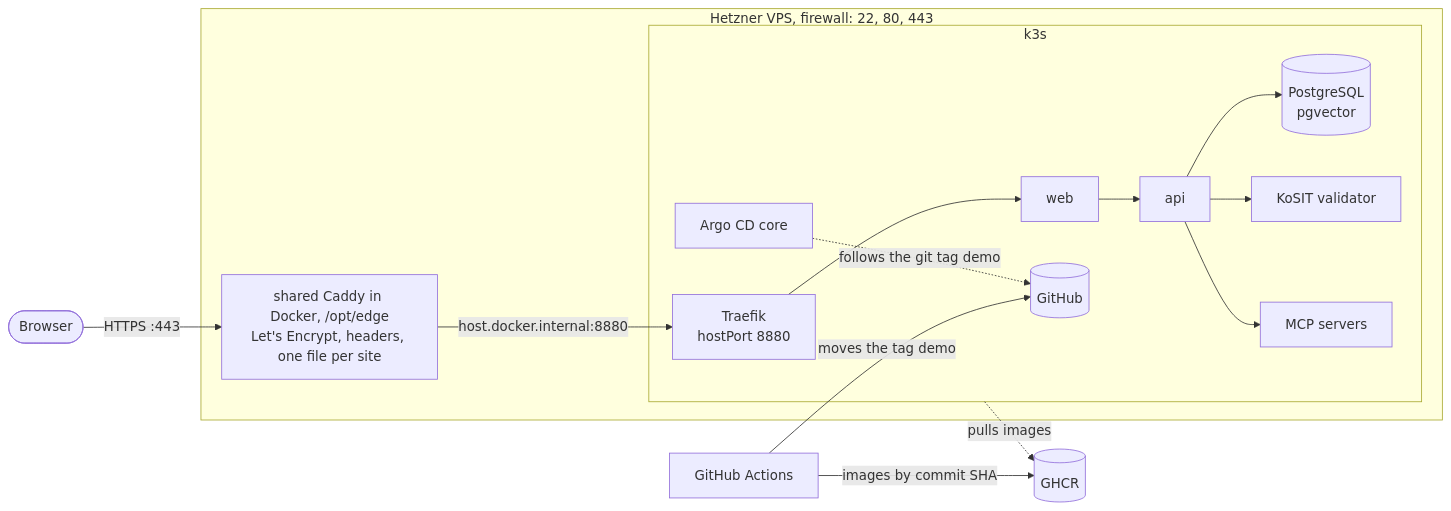
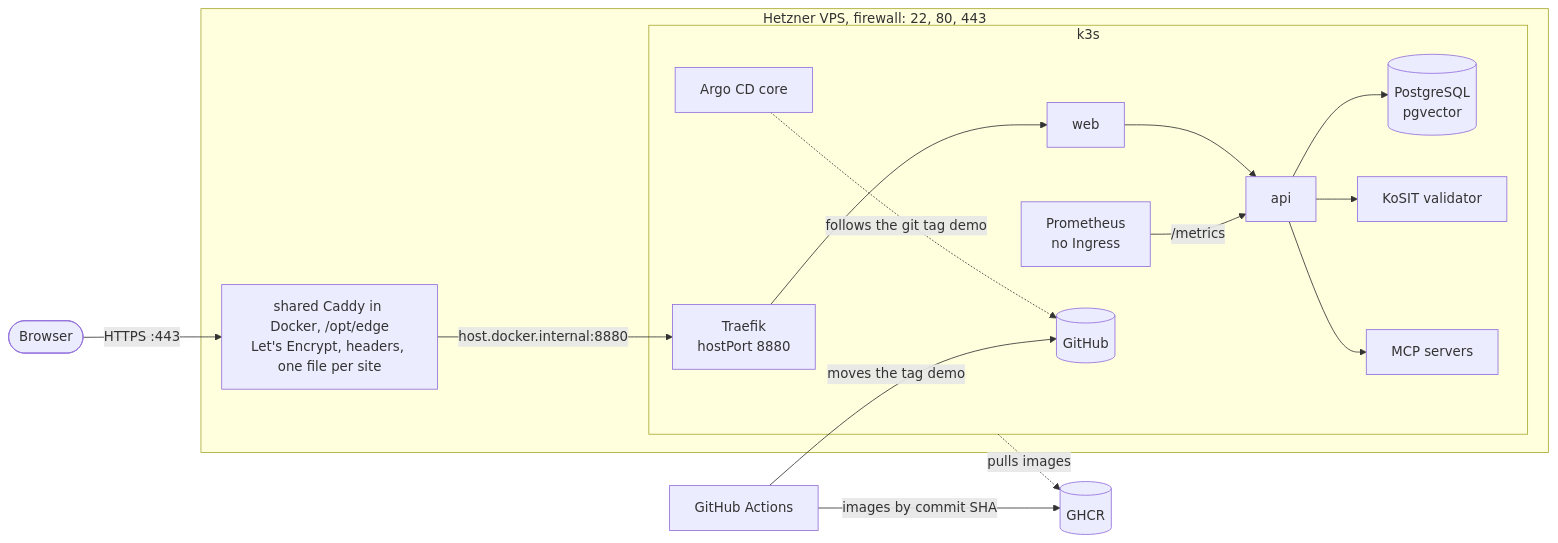
Before and after one commit to Ziad-Alghawi/invoiceguard: the diagram in docs/deploy.md, drawn with Mermaid. The commit also changed other lines of this file and 40 other files, not shown here.

First line of the commit message:
feat(r4): metrics with Prometheus on the demo, Grafana local (R4-5) (#34)

````diff
--- a/docs/deploy.md
+++ b/docs/deploy.md
@@ -9,19 +9,20 @@
 ```mermaid
 flowchart LR
     browser([Browser]) -- "HTTPS :443" --> caddy
     subgraph vps [Hetzner VPS, firewall: 22, 80, 443]
         caddy[shared Caddy in Docker, /opt/edge<br/>Let's Encrypt, headers, one file per site]
         caddy -- "host.docker.internal:8880" --> traefik
         subgraph k3s [k3s]
             traefik[Traefik<br/>hostPort 8880] --> web[web]
             web --> api[api]
             api --> db[(PostgreSQL<br/>pgvector)]
             api --> validator[KoSIT validator]
             api --> mcp[MCP servers]
+            prometheus[Prometheus<br/>no Ingress] -- "/metrics" --> api
             argocd[Argo CD core] -. "follows the git tag demo" .-> gh[(GitHub)]
         end
     end
     ci[GitHub Actions] -- "images by commit SHA" --> ghcr[(GHCR)]
     ci -- "moves the tag demo" --> gh
     k3s -. "pulls images" .-> ghcr
 ```
````
